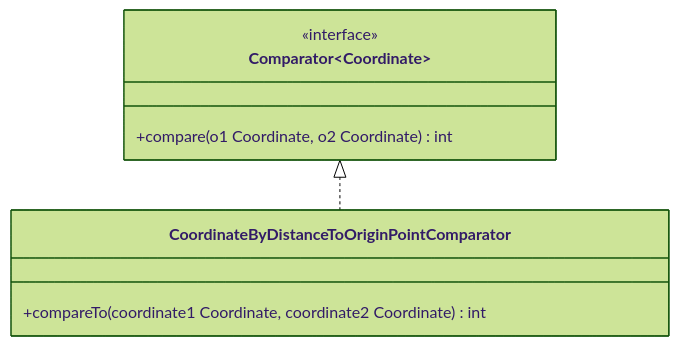
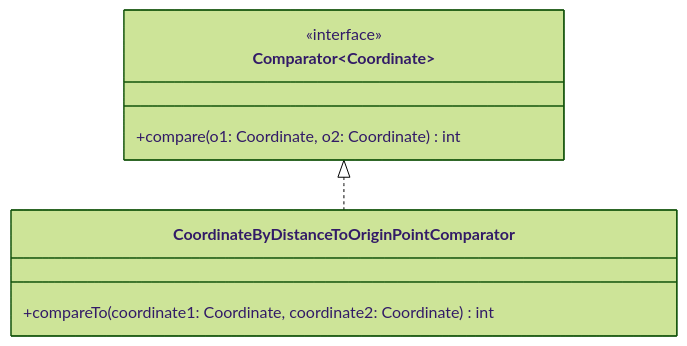
One commit to jappuccini/java-docs changed the diagram in docs/exercises/comparators/comparators02.mdx. Above: the diagram before and after it, drawn with Mermaid (forest theme). The commit also changed other lines of this file and 76 other files, not shown here.

Commit message:
uml fixes (colons, properties), headline fixes (italic) and exam result updates

````diff
--- a/docs/exercises/comparators/comparators02.mdx
+++ b/docs/exercises/comparators/comparators02.mdx
@@ -16,13 +16,13 @@
 ```mermaid
 classDiagram
     Comparator~Coordinate~ <|.. CoordinateByDistanceToOriginPointComparator
 
     class CoordinateByDistanceToOriginPointComparator {
-        +compareTo(coordinate1 Coordinate, coordinate2 Coordinate) int
+        +compareTo(coordinate1: Coordinate, coordinate2: Coordinate) int
     }
 
     class Comparator~Coordinate~ {
         <<interface>>
-        +compare(o1 Coordinate, o2 Coordinate) int
+        +compare(o1: Coordinate, o2: Coordinate) int
     }
 ```
````
